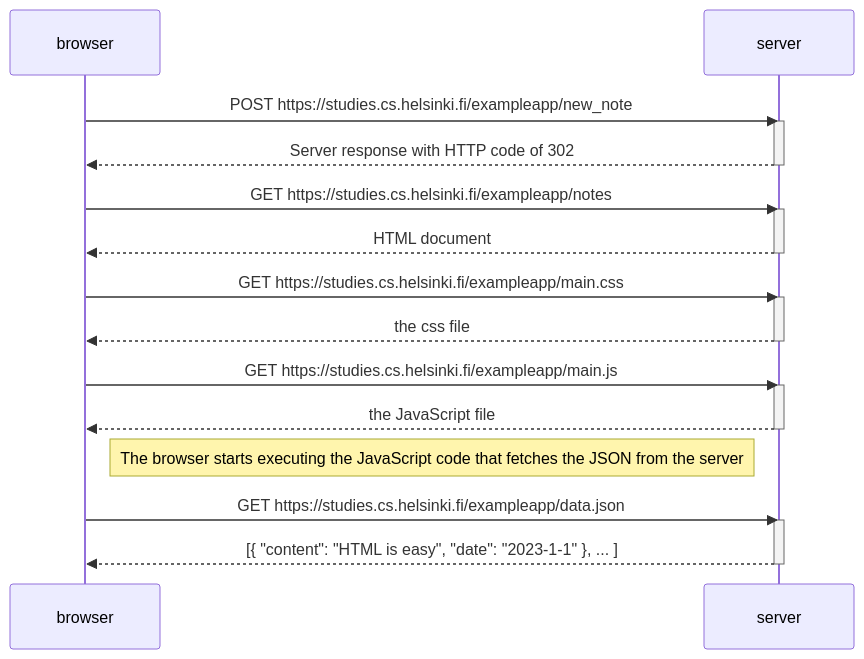
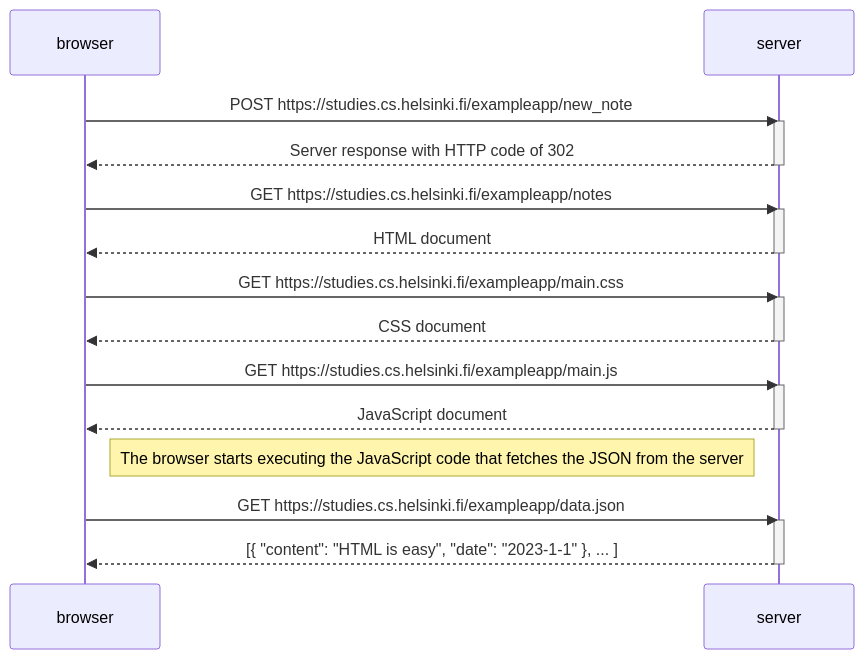
Before and after one commit to T4RUNN4/fullstack-open: the diagram in part0/0.4_new_note.md, drawn with Mermaid.

````diff
--- a/part0/0.4_new_note.md
+++ b/part0/0.4_new_note.md
@@ -1,32 +1,32 @@
 ```mermaid
 sequenceDiagram
     participant browser
     participant server
     
     browser->>server: POST https://studies.cs.helsinki.fi/exampleapp/new_note
     activate server
     server-->>browser: Server response with HTTP code of 302
     deactivate server
 
     browser->>server: GET https://studies.cs.helsinki.fi/exampleapp/notes
     activate server
     server-->>browser: HTML document
     deactivate server
     
     browser->>server: GET https://studies.cs.helsinki.fi/exampleapp/main.css
     activate server
-    server-->>browser: the css file
+    server-->>browser: CSS document
     deactivate server
     
     browser->>server: GET https://studies.cs.helsinki.fi/exampleapp/main.js
     activate server
-    server-->>browser: the JavaScript file
+    server-->>browser: JavaScript document
     deactivate server
     
     Note right of browser: The browser starts executing the JavaScript code that fetches the JSON from the server
     
     browser->>server: GET https://studies.cs.helsinki.fi/exampleapp/data.json
     activate server
     server-->>browser: [{ "content": "HTML is easy", "date": "2023-1-1" }, ... ]
     deactivate server
 ```
````
